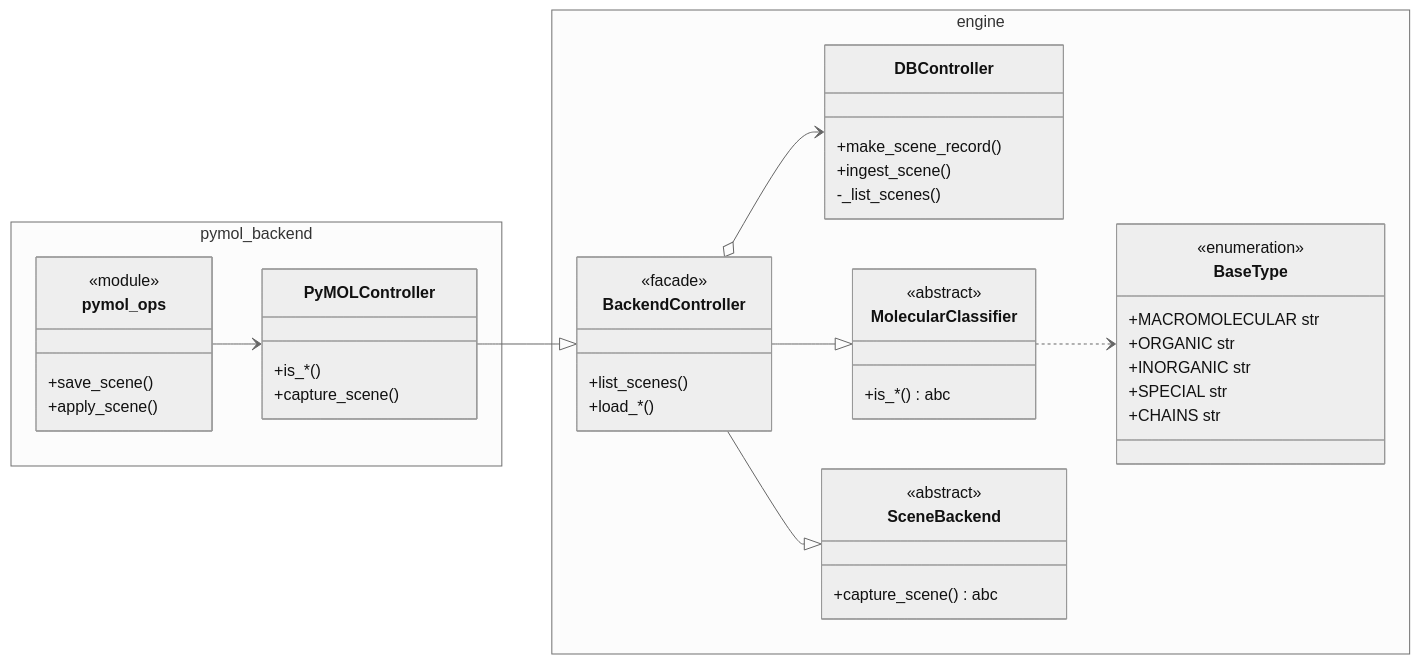
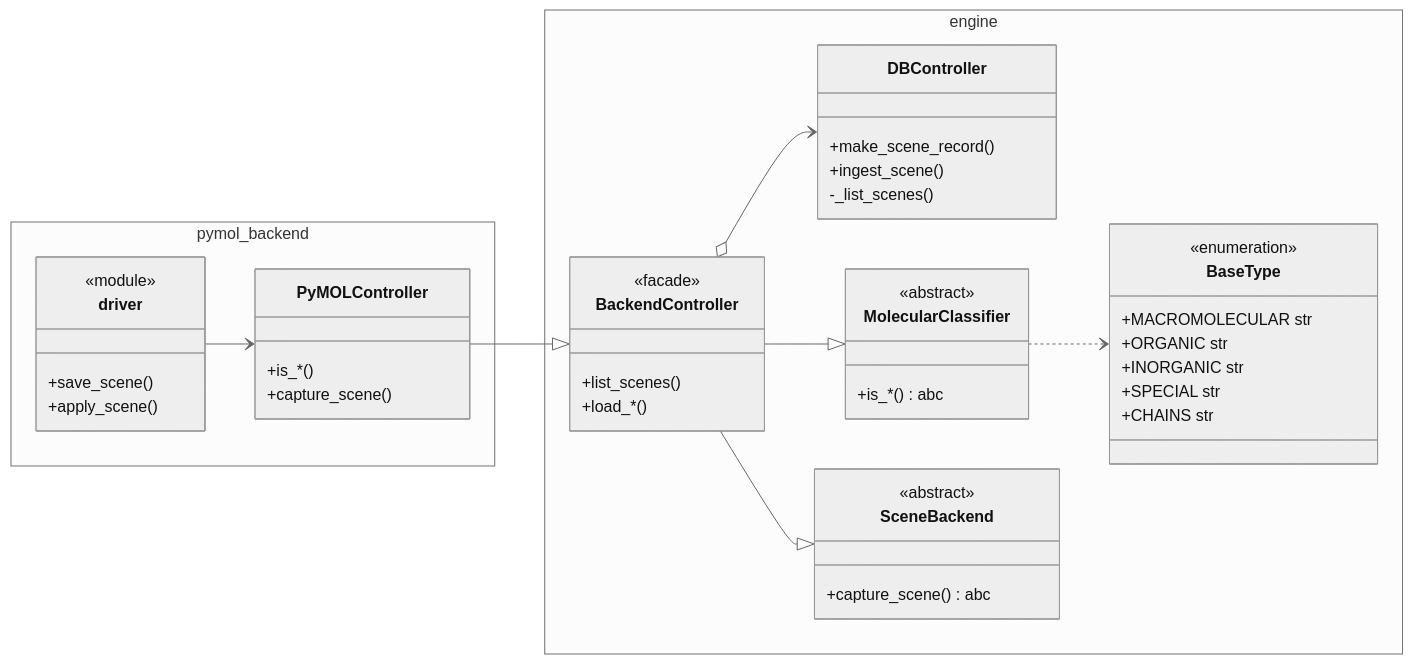
The diagram in README.md (ststevanovic/rac-pymol), drawn with Mermaid (neutral theme) before and after one commit. The commit also changed other lines of this file and 30 other files, not shown here.

````diff
--- a/README.md
+++ b/README.md
@@ -22,56 +22,56 @@
 ```mermaid
 classDiagram
     direction LR
     namespace engine {
         class DBController {
             +make_scene_record()
             +ingest_scene()
             -_list_scenes()
         }
 
         class MolecularClassifier {
             <<abstract>>
             +is_*() abc
         }
 
         class SceneBackend {
             <<abstract>>
             +capture_scene() abc
         }
 
         class BackendController {
             <<facade>>
             +list_scenes()
             +load_*()
         }
 
         class BaseType {
             <<enumeration>>
             +MACROMOLECULAR str
             +ORGANIC str
             +INORGANIC str
             +SPECIAL str
             +CHAINS str
         }
     }
 
     namespace pymol_backend {
         class PyMOLController {
             +is_*()
             +capture_scene()
         }
 
-        class pymol_ops {
+        class driver {
             <<module>>
             +save_scene()
             +apply_scene()
         }
     }
 
     BackendController o--> DBController
     BackendController --|> MolecularClassifier
     BackendController --|> SceneBackend
     MolecularClassifier ..> BaseType
     PyMOLController --|> BackendController
-    pymol_ops --> PyMOLController
+    driver --> PyMOLController
 ```
````
